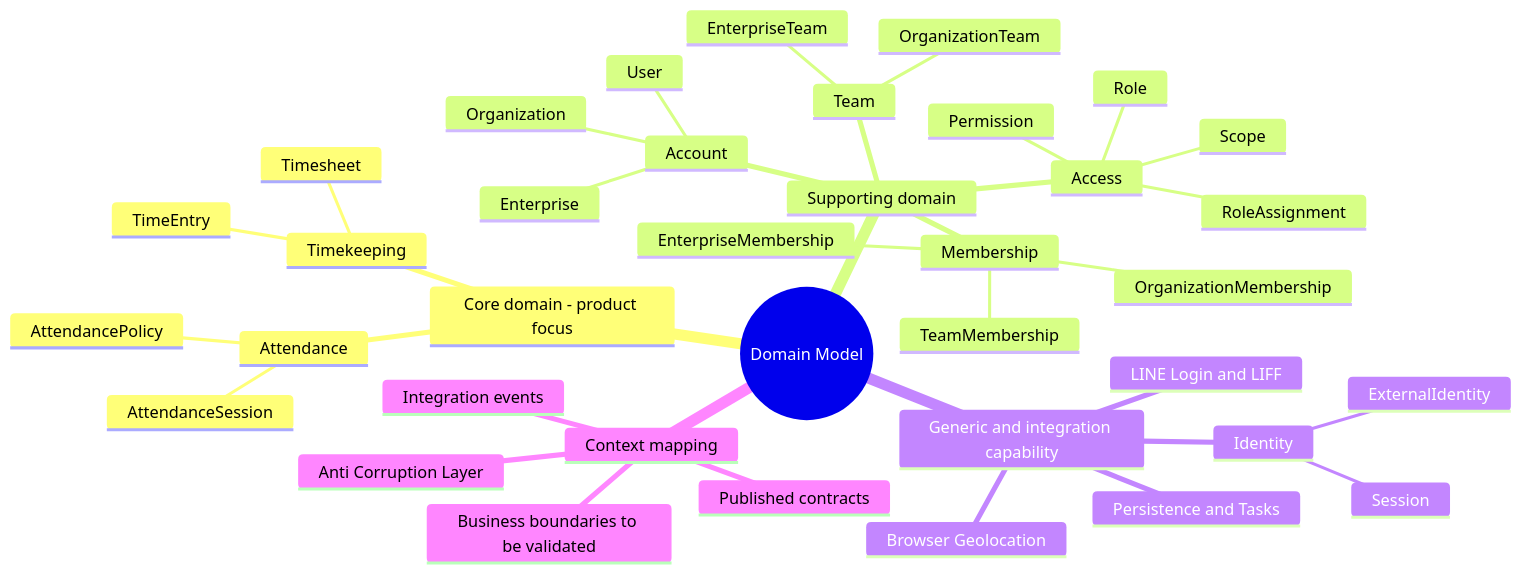
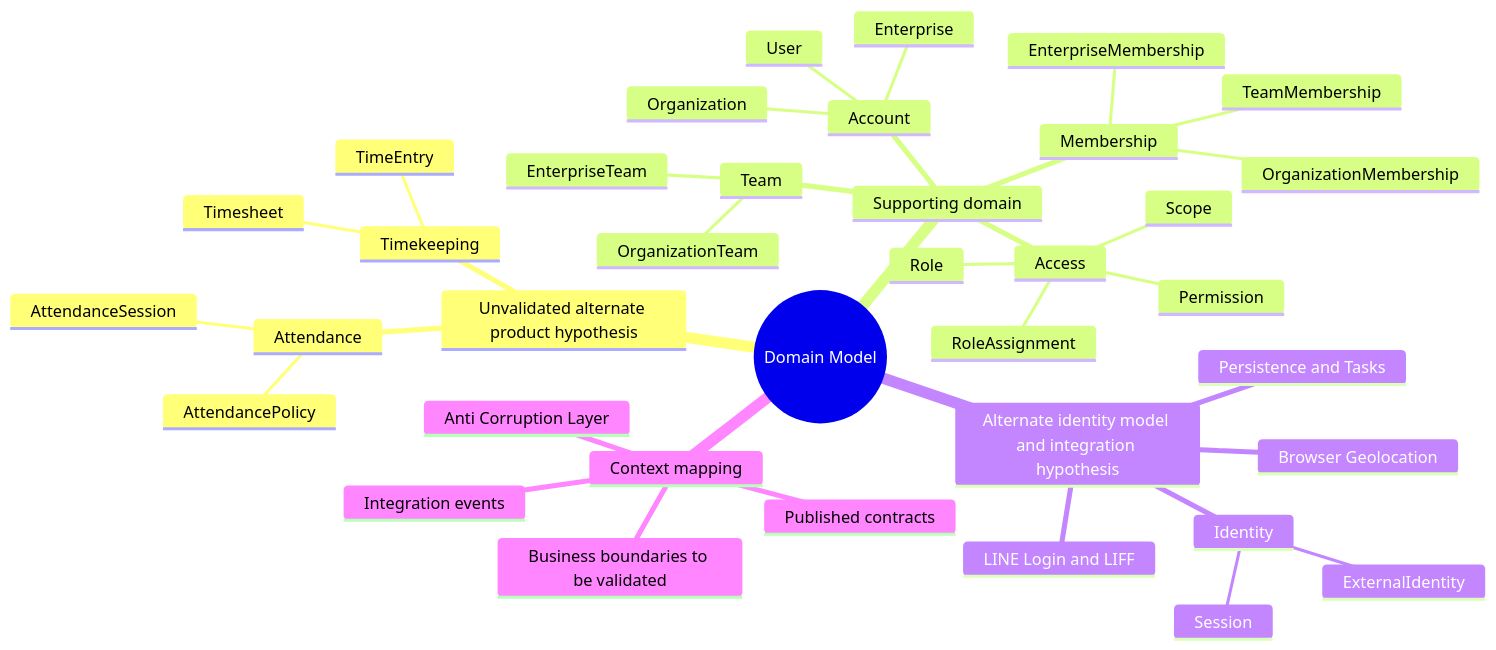
The diagram in docs/assets/architecture/mermaid/conceptual-strategic-domain-map.mmd (963sup/linebot-platform), drawn with Mermaid before and after one commit. The commit also changed 91 other files, not shown here.

Commit message:
refactor: align production architecture and preserve provider data

```diff
--- a/docs/assets/architecture/mermaid/conceptual-strategic-domain-map.mmd
+++ b/docs/assets/architecture/mermaid/conceptual-strategic-domain-map.mmd
@@ -1,38 +1,43 @@
+---
+title: Hypothesis only - alternate conceptual model
+---
+%% Non-normative hypothesis, not the implemented model or API.
+%% Authority: docs/domain/model.yaml and ADR 0004; no new context, event or persistence commitment.
 mindmap
   root((Domain Model))
-    Core domain - product focus
+    Unvalidated alternate product hypothesis
       Attendance
         AttendanceSession
         AttendancePolicy
       Timekeeping
         TimeEntry
         Timesheet
     Supporting domain
       Account
         User
         Enterprise
         Organization
       Team
         EnterpriseTeam
         OrganizationTeam
       Membership
         EnterpriseMembership
         OrganizationMembership
         TeamMembership
       Access
         Role
         Permission
         RoleAssignment
         Scope
-    Generic and integration capability
+    Alternate identity model and integration hypothesis
       Identity
         ExternalIdentity
         Session
       LINE Login and LIFF
       Browser Geolocation
       Persistence and Tasks
     Context mapping
       Business boundaries to be validated
       Published contracts
       Anti Corruption Layer
       Integration events
```
